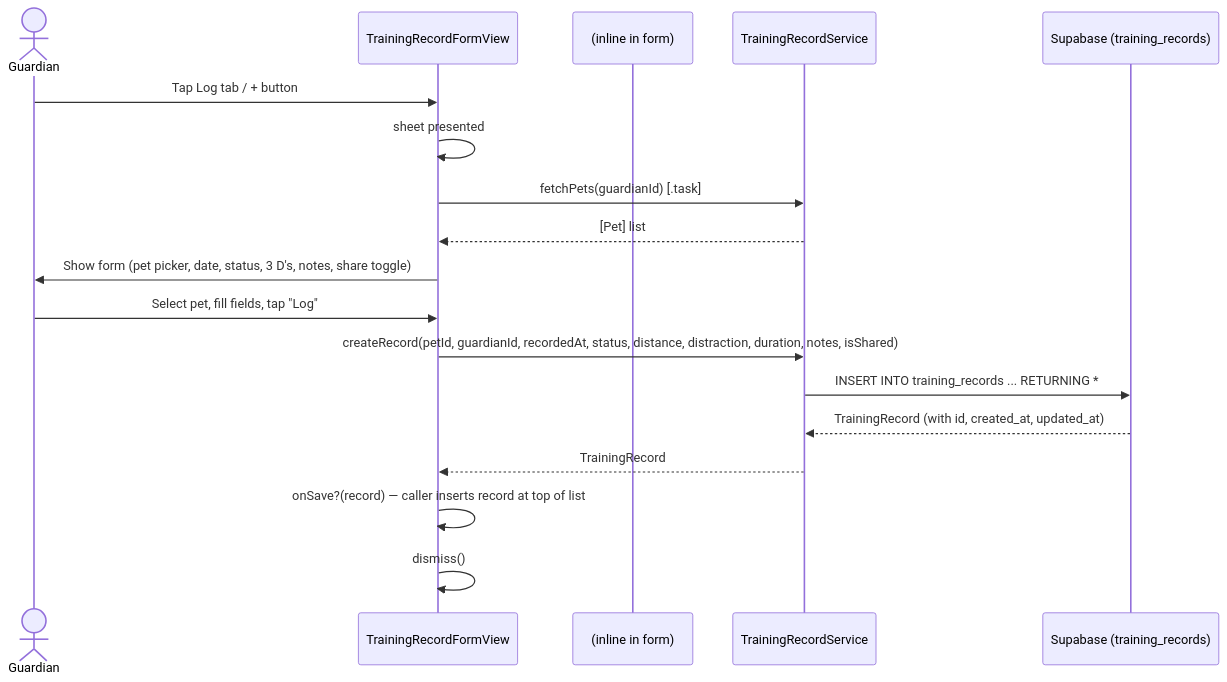
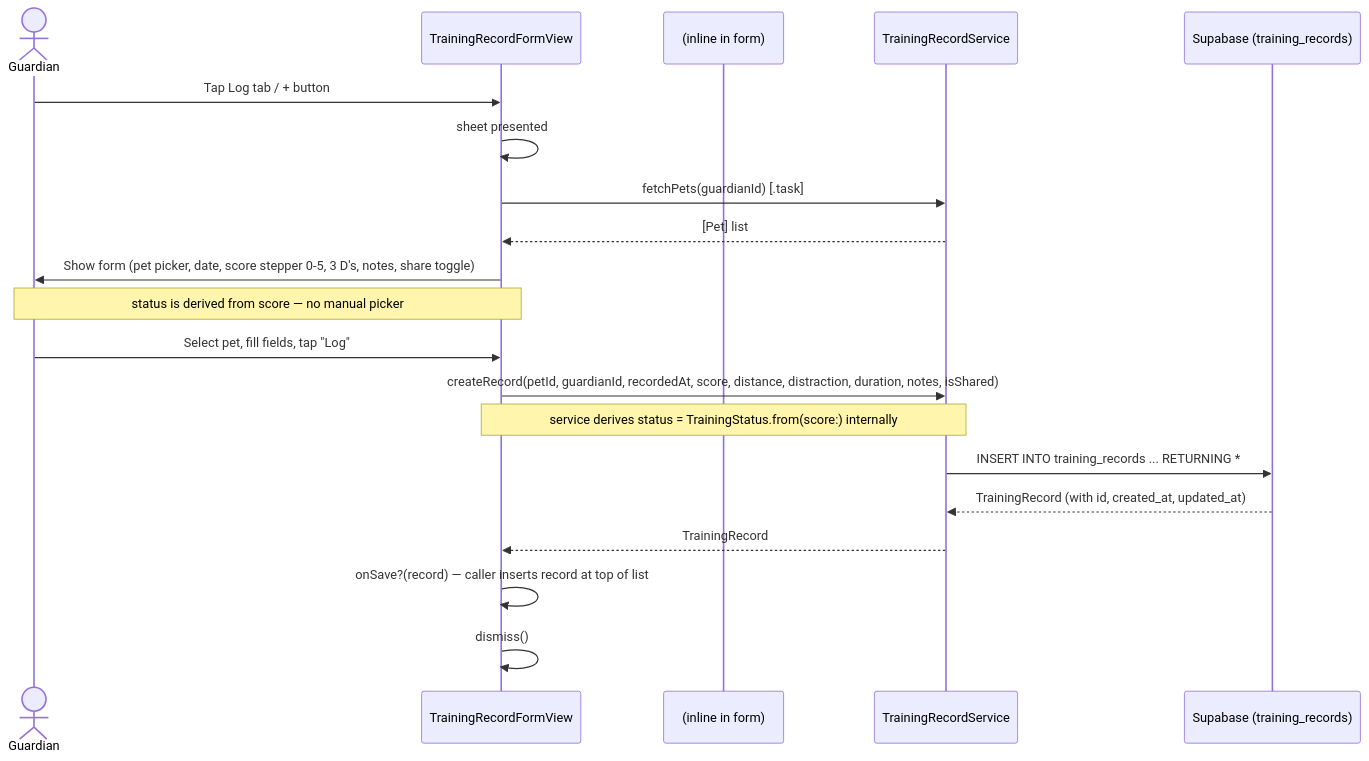
The first of 4 diagrams in docs/use_cases/log_training.md (markculley/HoundHabit), drawn with Mermaid before and after one commit. The commit also changed other lines of this file and 9 other files, not shown here.

````diff
--- a/docs/use_cases/log_training.md
+++ b/docs/use_cases/log_training.md
@@ -7,22 +7,24 @@
 ```mermaid
 sequenceDiagram
     actor G as Guardian
     participant UI as TrainingRecordFormView
     participant VM as (inline in form)
     participant SVC as TrainingRecordService
     participant DB as Supabase (training_records)
 
     G->>UI: Tap Log tab / + button
     UI->>UI: sheet presented
     UI->>SVC: fetchPets(guardianId) [.task]
     SVC-->>UI: [Pet] list
-    UI->>G: Show form (pet picker, date, status, 3 D's, notes, share toggle)
+    UI->>G: Show form (pet picker, date, score stepper 0-5, 3 D's, notes, share toggle)
+    note over UI,G: status is derived from score — no manual picker
 
     G->>UI: Select pet, fill fields, tap "Log"
-    UI->>SVC: createRecord(petId, guardianId, recordedAt, status, distance, distraction, duration, notes, isShared)
+    UI->>SVC: createRecord(petId, guardianId, recordedAt, score, distance, distraction, duration, notes, isShared)
+    note over UI,SVC: service derives status = TrainingStatus.from(score:) internally
     SVC->>DB: INSERT INTO training_records ... RETURNING *
     DB-->>SVC: TrainingRecord (with id, created_at, updated_at)
     SVC-->>UI: TrainingRecord
     UI->>UI: onSave?(record) — caller inserts record at top of list
     UI->>UI: dismiss()
 ```
````
